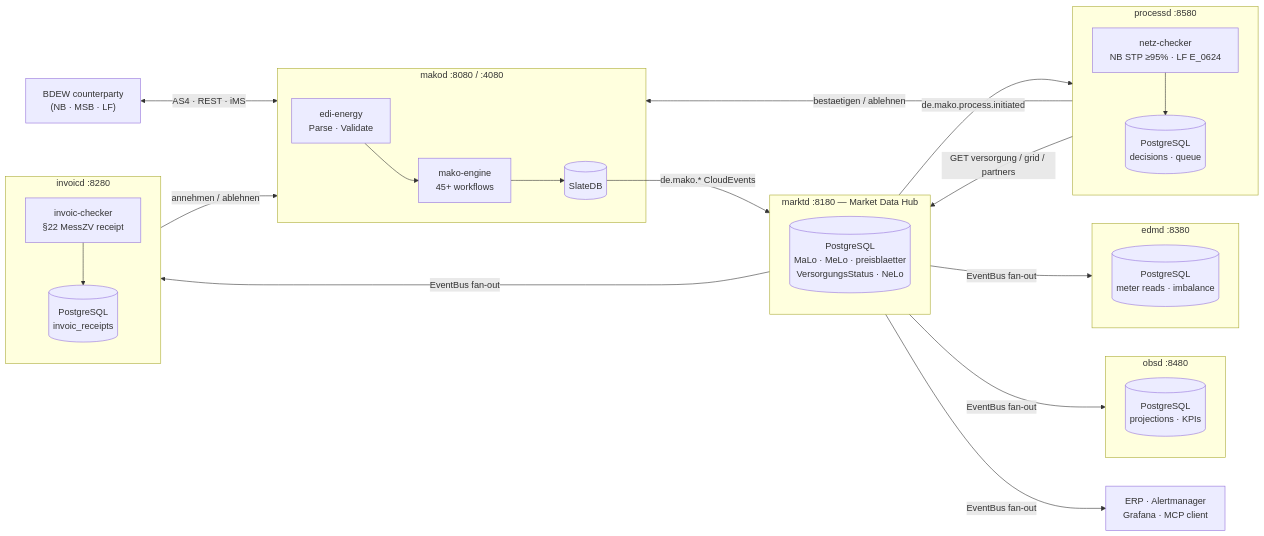
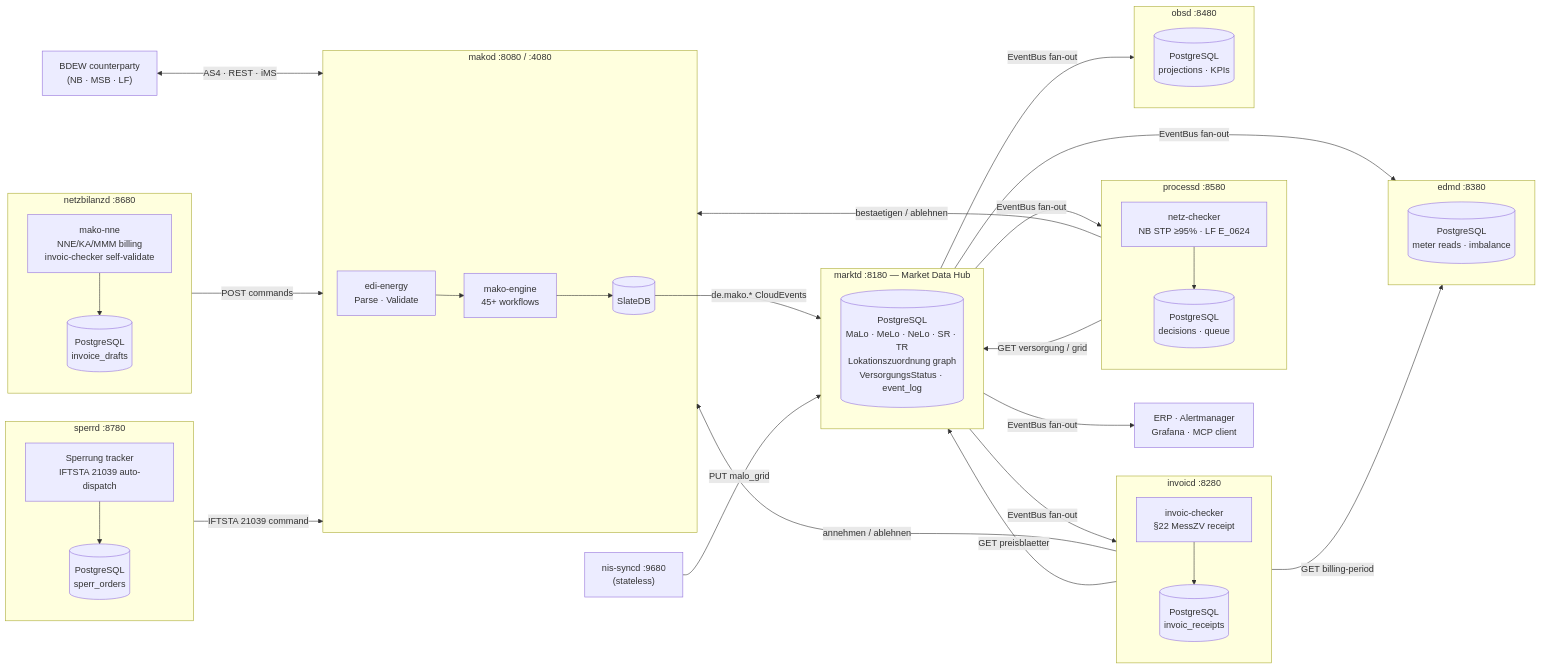
The diagram in docs/index.md (hupe1980/mako), drawn with Mermaid before and after one commit. The commit also changed other lines of this file and 163 other files, not shown here.

First line of the commit message:
feat(sperrd): add Sperrung execution tracking daemon with PostgreSQL support

````diff
--- a/docs/index.md
+++ b/docs/index.md
@@ -315,38 +366,52 @@
 ```mermaid
 graph LR
     NB["BDEW counterparty<br/>(NB · MSB · LF)"]
     subgraph makod [makod :8080 / :4080]
         ENG["edi-energy<br/>Parse · Validate"]
         RT["mako-engine<br/>45+ workflows"]
         DB[("SlateDB")]
         ENG --> RT --> DB
     end
     subgraph marktd [marktd :8180 — Market Data Hub]
-        MDM_DB[("PostgreSQL<br/>MaLo · MeLo · preisblaetter<br/>VersorgungsStatus · NeLo")]
+        MDM_DB[("PostgreSQL<br/>MaLo · MeLo · NeLo · SR · TR<br/>Lokationszuordnung graph<br/>VersorgungsStatus · event_log")]
     end
     subgraph processd [processd :8580]
         STP["netz-checker<br/>NB STP ≥95% · LF E_0624"]
         PROC_DB[("PostgreSQL<br/>decisions · queue")]
         STP --> PROC_DB
     end
     subgraph invoicd [invoicd :8280]
         CHK["invoic-checker<br/>§22 MessZV receipt"]
         CHK_DB[("PostgreSQL<br/>invoic_receipts")]
         CHK --> CHK_DB
     end
+    subgraph netzbilanzd [netzbilanzd :8680]
+        NNE["mako-nne<br/>NNE/KA/MMM billing<br/>invoic-checker self-validate"]
+        NNE_DB[("PostgreSQL<br/>invoice_drafts")]
+        NNE --> NNE_DB
+    end
+    subgraph sperrd [sperrd :8780]
+        SPR["Sperrung tracker<br/>IFTSTA 21039 auto-dispatch"]
+        SPR_DB[("PostgreSQL<br/>sperr_orders")]
+        SPR --> SPR_DB
+    end
     subgraph edmd [edmd :8380]
         EDM[("PostgreSQL<br/>meter reads · imbalance")]
     end
     subgraph obsd [obsd :8480]
         OBS[("PostgreSQL<br/>projections · KPIs")]
     end
     ERP["ERP · Alertmanager<br/>Grafana · MCP client"]
 
     NB <-->|AS4 · REST · iMS| makod
     DB -->|"de.mako.* CloudEvents"| marktd
-    marktd -->|"de.mako.process.initiated"| processd
+    marktd -->|"EventBus fan-out"| processd & invoicd & edmd & obsd & ERP
     processd -->|"bestaetigen / ablehnen"| makod
-    processd -->|"GET versorgung / grid / partners"| marktd
-    marktd -->|"EventBus fan-out"| invoicd & edmd & obsd & ERP
+    processd -->|"GET versorgung / grid"| marktd
     invoicd -->|"annehmen / ablehnen"| makod
+    invoicd -->|"GET preisblaetter"| marktd
+    invoicd -->|"GET billing-period"| edmd
+    netzbilanzd -->|"POST commands"| makod
+    sperrd -->|"IFTSTA 21039 command"| makod
+    NIS["nis-syncd :9680<br/>(stateless)"] -->|"PUT malo_grid"| marktd
 ```
````
